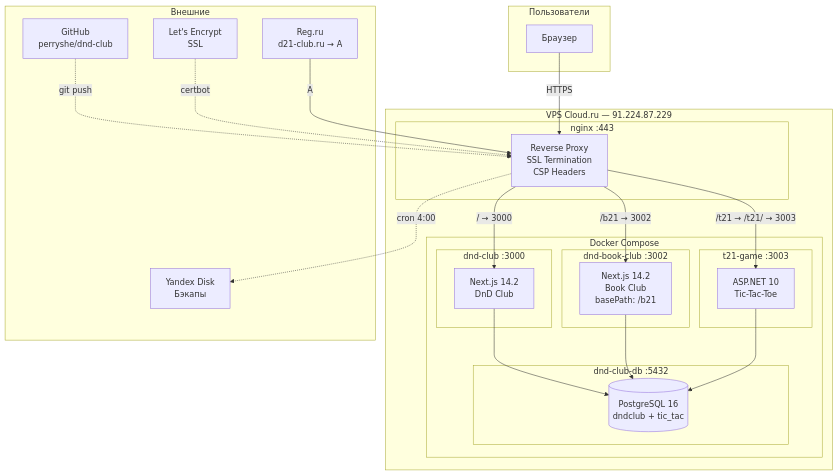
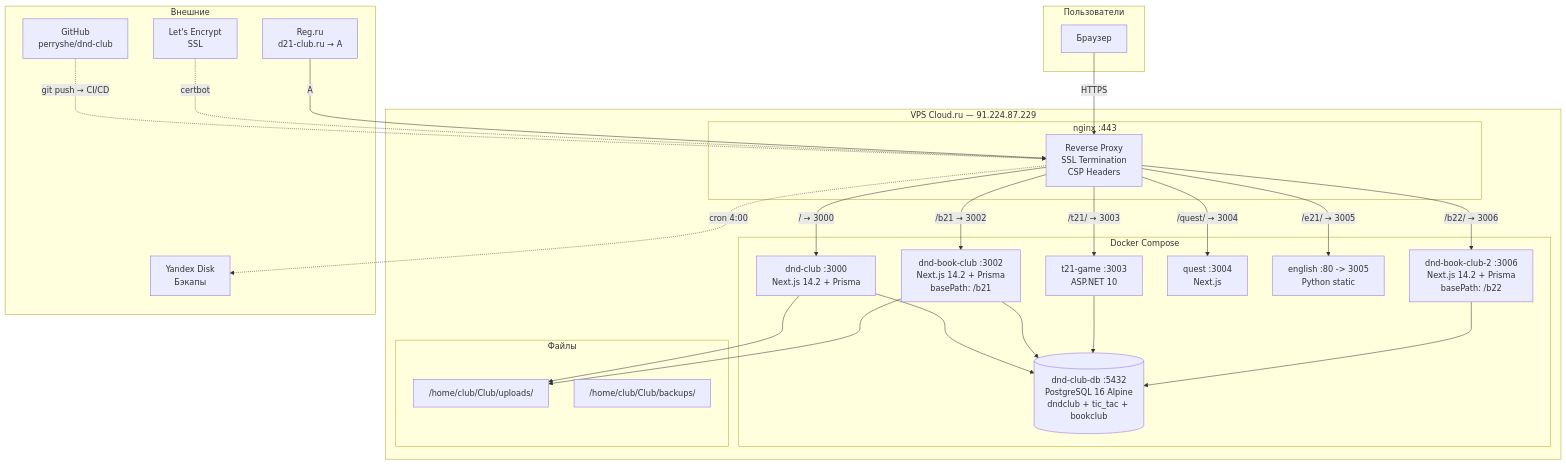
Before and after one commit to perryshe/dnd-club: the first of 2 diagrams in README.md, drawn with Mermaid. The commit also changed other lines of this file and 2 other files, not shown here.

Commit message:
fix: remove dangerous prisma db push from book-club entrypoints + comprehensive README

````diff
--- a/README.md
+++ b/README.md
@@ -17,46 +21,52 @@
 ```mermaid
 graph TB
     subgraph "Пользователи"
         U[Браузер]
     end
 
     subgraph "VPS Cloud.ru — 91.224.87.229"
         subgraph "nginx :443"
             NG[Reverse Proxy<br/>SSL Termination<br/>CSP Headers]
         end
 
         subgraph "Docker Compose"
-            subgraph "dnd-club :3000"
-                NX1[Next.js 14.2<br/>DnD Club]
-            end
-            subgraph "dnd-book-club :3002"
-                NX2[Next.js 14.2<br/>Book Club<br/>basePath: /b21]
-            end
-            subgraph "t21-game :3003"
-                NX3[ASP.NET 10<br/>Tic-Tac-Toe]
-            end
-            subgraph "dnd-club-db :5432"
-                PG[(PostgreSQL 16<br/>dndclub + tic_tac)]
-            end
+            NX1["dnd-club :3000<br/>Next.js 14.2 + Prisma"]
+            NX2["dnd-book-club :3002<br/>Next.js 14.2 + Prisma<br/>basePath: /b21"]
+            NX3["t21-game :3003<br/>ASP.NET 10"]
+            NX4["quest :3004<br/>Next.js"]
+            NX5["english :80 -> 3005<br/>Python static"]
+            NX6["dnd-book-club-2 :3006<br/>Next.js 14.2 + Prisma<br/>basePath: /b22"]
+            PG[("dnd-club-db :5432<br/>PostgreSQL 16 Alpine<br/>dndclub + tic_tac + bookclub")]
+        end
+
+        subgraph "Файлы"
+            UPL["/home/club/Club/uploads/"]
+            BAK["/home/club/Club/backups/"]
         end
     end
 
     subgraph "Внешние"
         GH[GitHub<br/>perryshe/dnd-club]
         DNS[Reg.ru<br/>d21-club.ru → A]
         LE[Let's Encrypt<br/>SSL]
         YD[Yandex Disk<br/>Бэкапы]
     end
 
     U -->|HTTPS| NG
     NG -->|/ → 3000| NX1
     NG -->|/b21 → 3002| NX2
-    NG -->|/t21 → /t21/ → 3003| NX3
+    NG -->|/b22/ → 3006| NX6
+    NG -->|/t21/ → 3003| NX3
+    NG -->|/quest/ → 3004| NX4
+    NG -->|/e21/ → 3005| NX5
     NX1 --> PG
     NX2 --> PG
     NX3 --> PG
-    GH -.->|git push| NG
+    NX6 --> PG
+    NX1 --> UPL
+    NX2 --> UPL
+    GH -.->|git push → CI/CD| NG
     LE -.->|certbot| NG
     DNS -->|A| NG
     NG -.->|cron 4:00| YD
 ```
````
